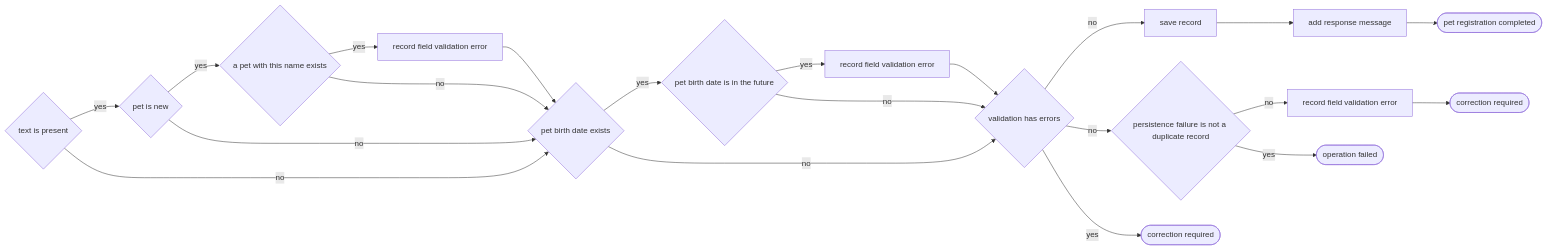
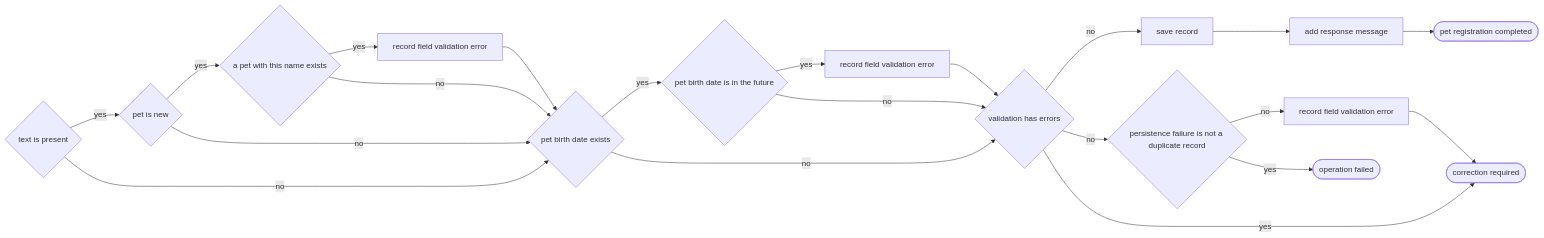
The third of 3 diagrams in conformance/spring-petclinic/conformance-report.md (Gepardec/businesstracing), drawn with Mermaid before and after one commit. The commit also changed other lines of this file and 26 other files, not shown here.

Commit message:
feat: add generic call-specific business flows

````diff
--- a/conformance/spring-petclinic/conformance-report.md
+++ b/conformance/spring-petclinic/conformance-report.md
@@ -62,39 +62,38 @@
 ```mermaid
 flowchart LR
     n1{"text is present"}
     n2{"pet is new"}
     n3{"a pet with this name exists"}
     n4["record field validation error"]
     n5{"pet birth date exists"}
     n6{"pet birth date is in the future"}
     n7["record field validation error"]
     n8{"validation has errors"}
     n9["save record"]
     n10{"persistence failure is not a duplicate record"}
     n11["record field validation error"]
     n12["add response message"]
     n13(["correction required"])
     n14(["operation failed"])
-    n15(["correction required"])
-    n16(["pet registration completed"])
+    n15(["pet registration completed"])
     n1 -->|"yes"| n2
     n2 -->|"yes"| n3
     n3 -->|"yes"| n4
     n4 --> n5
     n1 -->|"no"| n5
     n2 -->|"no"| n5
     n3 -->|"no"| n5
     n5 -->|"yes"| n6
     n6 -->|"yes"| n7
     n7 --> n8
     n5 -->|"no"| n8
     n6 -->|"no"| n8
     n8 -->|"no"| n9
     n8 -->|"no"| n10
     n10 -->|"no"| n11
     n9 --> n12
     n8 -->|"yes"| n13
     n10 -->|"yes"| n14
-    n11 --> n15
-    n12 --> n16
+    n11 --> n13
+    n12 --> n15
 ```
````
